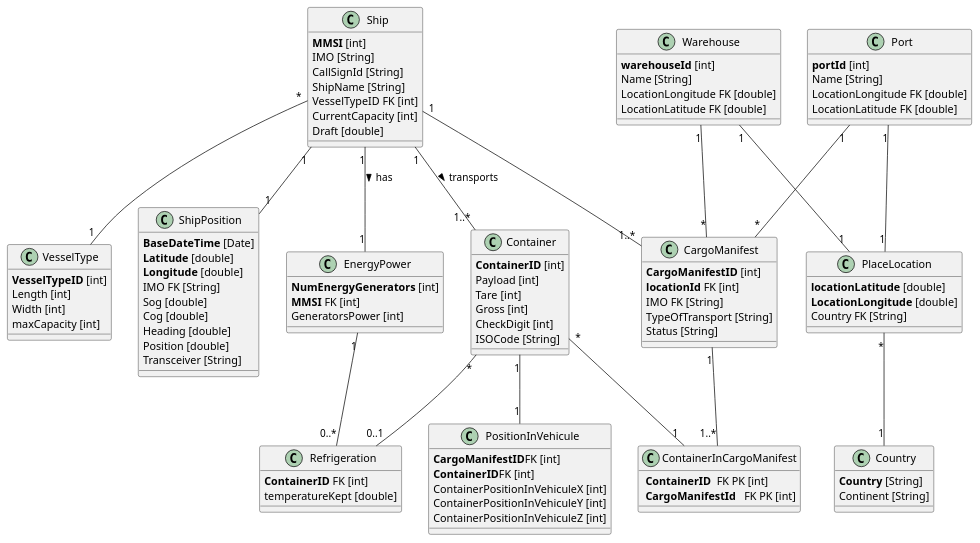
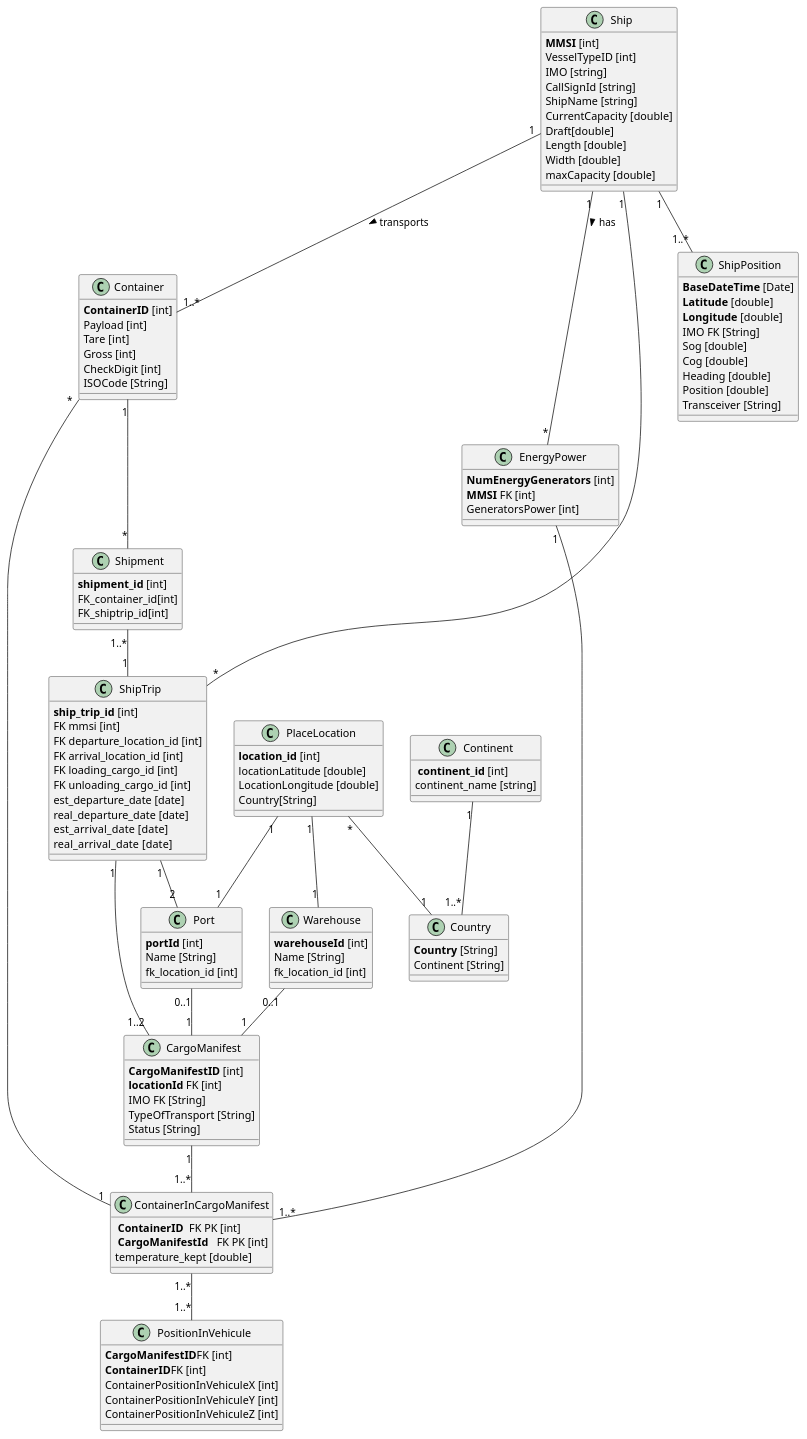
Before and after one commit to ana-albergaria/LAPR3-ISEP: the diagram in docs/US203/Logical_Model.puml, drawn with PlantUML. The commit also changed 10 other files, not shown here.

```diff
--- a/docs/US203/Logical_Model.puml
+++ b/docs/US203/Logical_Model.puml
@@ -1,142 +1,160 @@
 @startuml
 'https://plantuml.com/class-diagram
 
 /'class Company{
 
 }'/
 
 class Ship{
     **MMSI** [int]
-    IMO [String]
-    CallSignId [String]
-    ShipName [String]
-    VesselTypeID FK [int]
-    CurrentCapacity [int]
-    Draft [double]
+    VesselTypeID [int]
+    IMO [string]
+    CallSignId [string]
+    ShipName [string]
+    CurrentCapacity [double]
+    Draft[double]
+    Length [double]
+    Width [double]
+    maxCapacity [double]
 }
-
-class VesselType{
-    **VesselTypeID** [int]
-    Length [int]
-    Width [int]
-    maxCapacity [int]
+class Continent{
+   ** continent_id** [int]
+    continent_name [string]
 }
-
+class ShipTrip{
+    **ship_trip_id** [int]
+    FK mmsi [int]
+    FK departure_location_id [int]
+    FK arrival_location_id [int]
+    FK loading_cargo_id [int]
+    FK unloading_cargo_id [int]
+    est_departure_date [date]
+    real_departure_date [date]
+    est_arrival_date  [date]
+    real_arrival_date  [date]
+}
 class ShipPosition{
     **BaseDateTime** [Date]
     **Latitude** [double]
     **Longitude** [double]
     IMO FK [String]
     Sog [double]
     Cog [double]
     Heading [double]
     Position [double]
     Transceiver [String] /'perguntar ao grupo'/
 }
 
 class Container{
     **ContainerID** [int]
     Payload [int]
     Tare [int]
     Gross [int]
     CheckDigit [int]
     ISOCode [String]
-}
-
-class Refrigeration {
-    **ContainerID** FK [int]
-    temperatureKept [double]
 }
 
 class EnergyPower{
     **NumEnergyGenerators** [int]
     **MMSI** FK [int]
     GeneratorsPower [int]
 }
 /'refrigeration state is ambigous'/
 
 /'manifest type(loading, unloading) changes its values'/
 class CargoManifest{
     **CargoManifestID** [int]
     **locationId** FK [int]
     IMO FK [String]
     TypeOfTransport [String]
     Status [String]
 }
 
 class PositionInVehicule{
     **CargoManifestID**FK [int]
     **ContainerID**FK [int]
     ContainerPositionInVehiculeX [int]
     ContainerPositionInVehiculeY [int]
     ContainerPositionInVehiculeZ [int]
 }
 
 class Port {
     **portId** [int]
     Name [String]
-    LocationLongitude FK [double]
-    LocationLatitude FK [double]
+    fk_location_id [int]
 }
 
 class Warehouse {
     **warehouseId** [int]
     Name [String]
-    LocationLongitude FK [double]
-    LocationLatitude FK [double]
+    fk_location_id [int]
+
 }
 
 class Country{
     **Country** [String]
     Continent [String]
 }
 
 class PlaceLocation{
-    **locationLatitude** [double]
-    **LocationLongitude** [double]
-    Country FK [String]
+    **location_id** [int]
+    locationLatitude [double]
+    LocationLongitude [double]
+    Country[String]
 }
 
 class ContainerInCargoManifest{
     ** ContainerID ** FK PK [int]
     ** CargoManifestId **  FK PK [int]
+    temperature_kept [double]
+}
+class Shipment{
+    **shipment_id** [int]
+    FK_container_id[int]
+    FK_shiptrip_id[int]
 }
 
 
 /'class Truck{
     truckID
 }
 
 class Transports{
     truckId FK
     warehouseId FK
 }'/
 
 
 
 
 Ship "1" -- "1..*" Container : transports >
-Container "1" -- "1" PositionInVehicule
-Ship "1" -- "1" ShipPosition
-Ship "*" -- "1" VesselType
-Ship "1" -- "1..*" CargoManifest
+Ship "1" -- "1..*" ShipPosition
+/'Docking "1" -- "1..2" CargoManifest'/
+ShipTrip "1" -- "2" Port
+
+Ship "1" -- "*" ShipTrip
 CargoManifest "1" -- "1..*" ContainerInCargoManifest
 Container "*" -- "1" ContainerInCargoManifest
 /'Truck "1" -- "1..*" CargoManifest'/
 /'
 Truck "*" -- "1" Container
 '/
-Port "1" -- "1" PlaceLocation
-Warehouse "1" -- "1" PlaceLocation
+Port "0..1" -- "1" CargoManifest
+Warehouse "0..1" -- "1" CargoManifest
 PlaceLocation "*" -- "1" Country
-Port "1" -- "*" CargoManifest
-Warehouse "1" -- "*" CargoManifest
+Continent "1" -- "1..*" Country
+PlaceLocation "1" -- "1" Port
+PlaceLocation "1" -- "1" Warehouse
+
 /'Relacoes N para N, falta relacao'/
 /'
 Truck "1..*" -- "1..*" Warehouse
 '/
-Container "*" -- "0..1" Refrigeration
-Ship "1" -- "1" EnergyPower : has >
-EnergyPower "1" -- "0..*" Refrigeration
-
+/'Ship "1" -- "*" Docking'/
+ShipTrip "1" -- "1..2" CargoManifest
+Ship "1" -- "*" EnergyPower : has >
+ContainerInCargoManifest "1..*" -- "1..*" PositionInVehicule
+EnergyPower "1" -- "1..*" ContainerInCargoManifest
+Container "1" -- "*" Shipment
+Shipment "1..*" -- "1" ShipTrip
 @enduml
```
